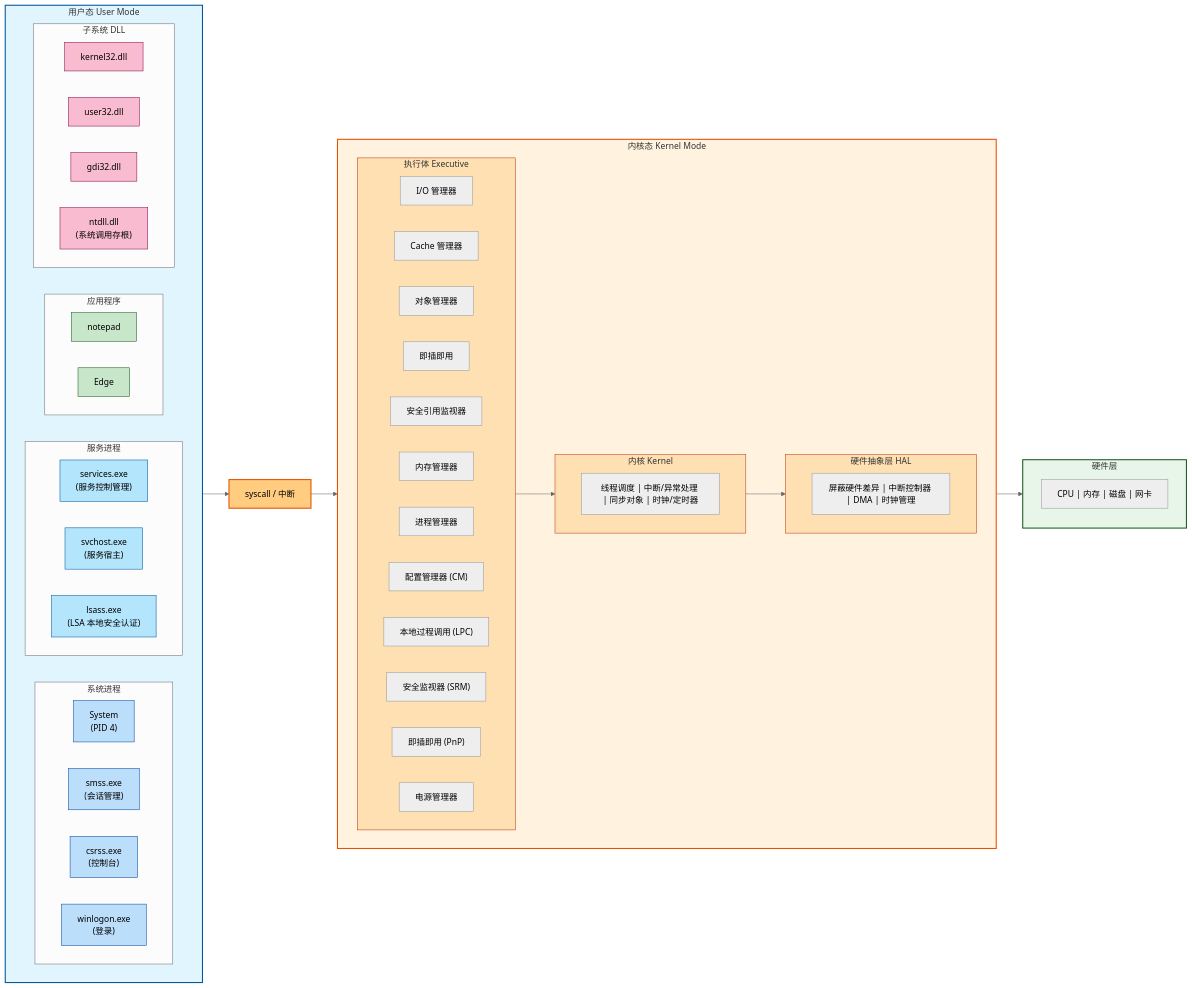
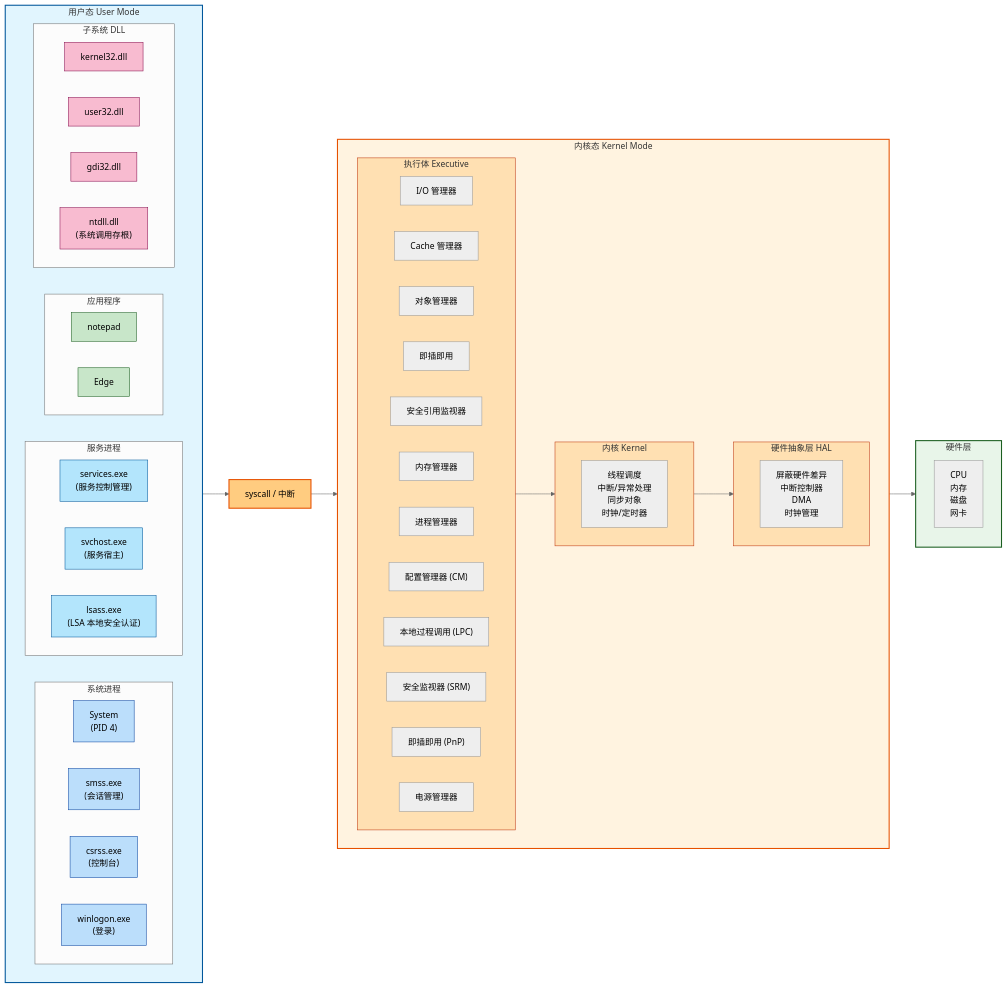
One commit to PurgationDevil/Purgation.github.io changed the seventh of 57 diagrams in _posts/2026-05-07-计算机扫盲.md. Above: the diagram before and after it, drawn with Mermaid (neutral theme). The commit also changed other lines of this file, not shown here.

```diff
--- a/_posts/2026-05-07-计算机扫盲.md
+++ b/_posts/2026-05-07-计算机扫盲.md
@@ -896,12 +896,12 @@
         
         subgraph Kernel [内核 Kernel]
             direction LR
-            K["线程调度 | 中断/异常处理 | 同步对象 | 时钟/定时器"]
+            K["线程调度<br>中断/异常处理<br>同步对象<br>时钟/定时器"]
         end
         
         subgraph HAL [硬件抽象层 HAL]
             direction LR
-            H["屏蔽硬件差异 | 中断控制器 | DMA | 时钟管理"]
+            H["屏蔽硬件差异<br>中断控制器<br>DMA<br>时钟管理"]
         end
     end
     
@@ -913,7 +913,7 @@
     Kernel --> HAL
     
     subgraph Hardware [硬件层]
-            HW["CPU | 内存 | 磁盘 | 网卡"]
+            HW["CPU<br>内存<br>磁盘<br>网卡"]
     end
     
     HAL --> Hardware
```
